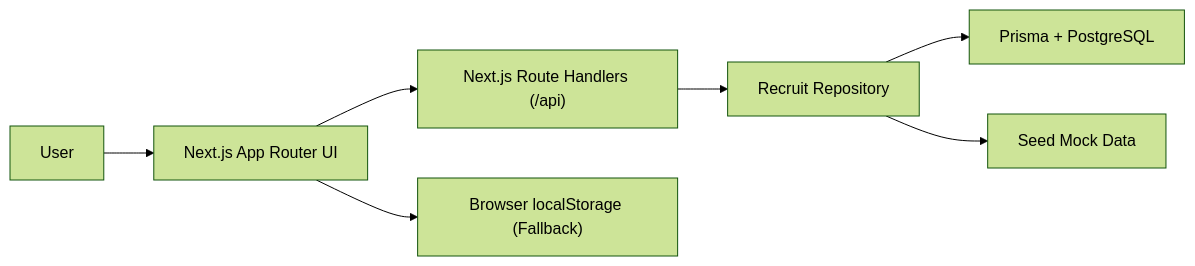
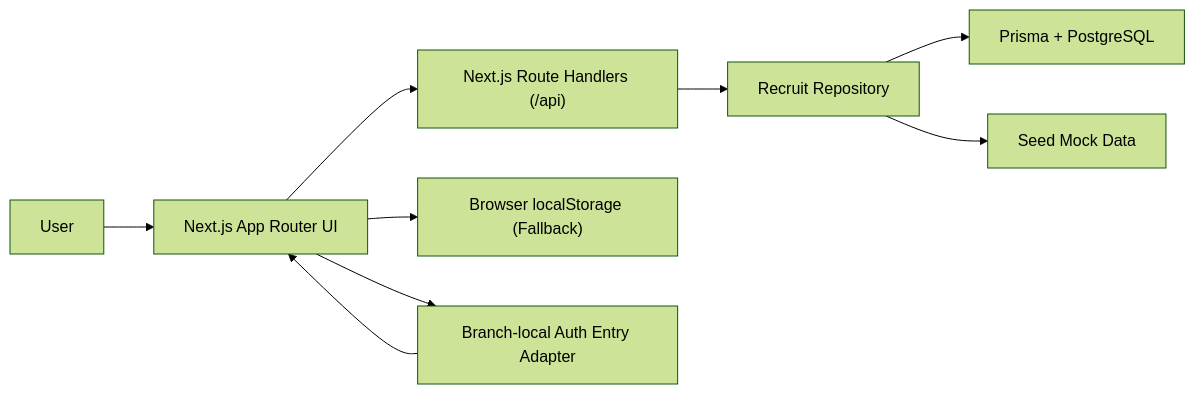
The first of 3 diagrams in docs/02-architecture.md (tail1887/campus-link-workshop), drawn with Mermaid (forest theme) before and after one commit. The commit also changed other lines of this file and 13 other files, not shown here.

Commit message:
feat: add phase 1 auth entry flow

````diff
--- a/docs/02-architecture.md
+++ b/docs/02-architecture.md
@@ -16,9 +16,11 @@
 ```mermaid
 flowchart LR
     U["User"] --> FE["Next.js App Router UI"]
     FE --> API["Next.js Route Handlers (/api)"]
     FE --> LS["Browser localStorage (Fallback)"]
+    FE --> TEMP["Branch-local Auth Entry Adapter"]
     API --> REPO["Recruit Repository"]
     REPO --> DB["Prisma + PostgreSQL"]
     REPO --> SEED["Seed Mock Data"]
+    TEMP --> FE
 ```
````
